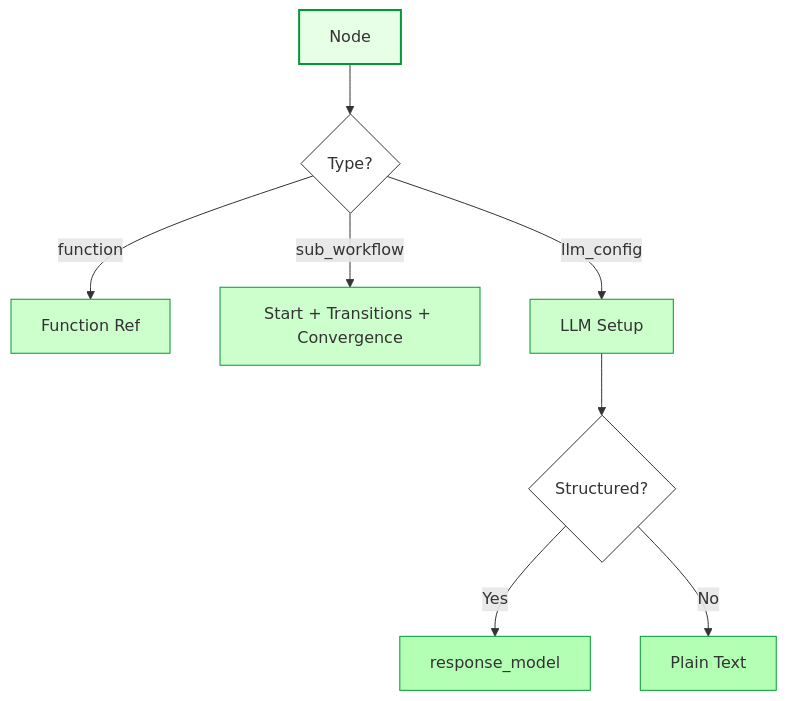
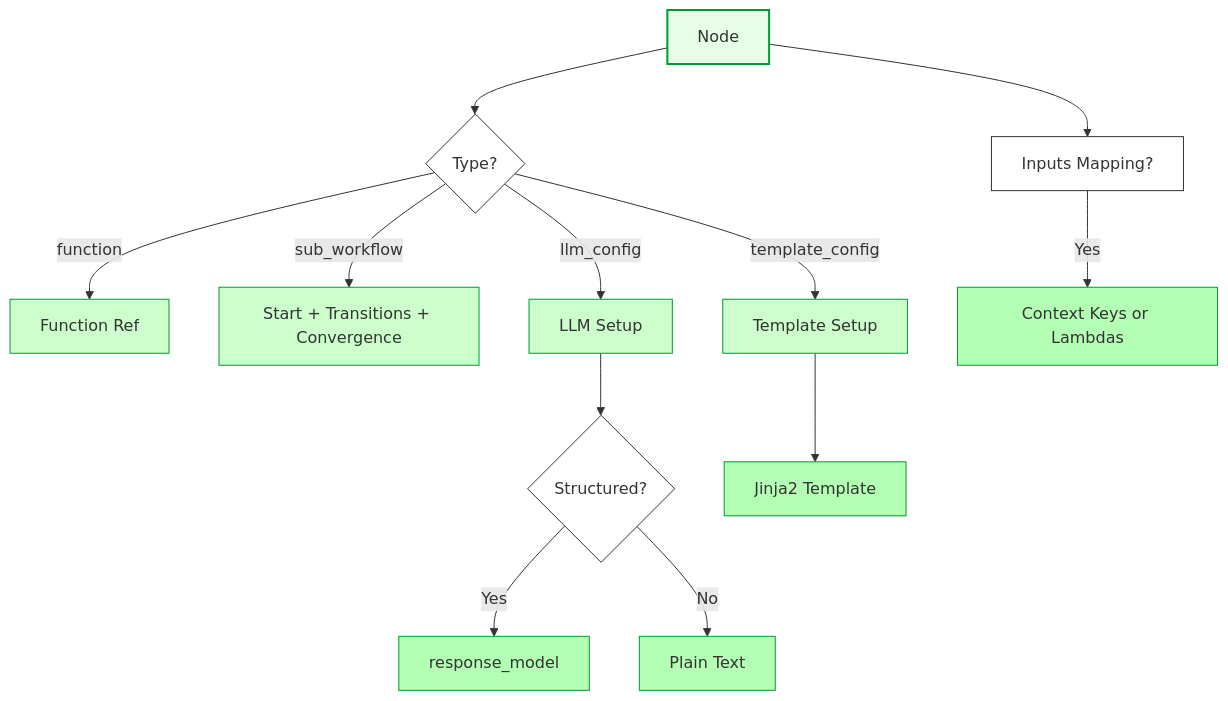
The fourth of 6 diagrams in quantalogic/flow/flow_yaml.md (quantalogic/quantalogic), drawn with Mermaid before and after one commit. The commit also changed other lines of this file, not shown here.

Commit message:
update flow documentation

````diff
--- a/quantalogic/flow/flow_yaml.md
+++ b/quantalogic/flow/flow_yaml.md
@@ -405,18 +453,26 @@
 ```mermaid
 graph TD
     A[Node] --> B{Type?}
     B -->|function| C[Function Ref]
     B -->|sub_workflow| D[Start + Transitions + Convergence]
     B -->|llm_config| E[LLM Setup]
-    E --> F{Structured?}
-    F -->|Yes| G[response_model]
-    F -->|No| H[Plain Text]
+    B -->|template_config| F[Template Setup]
+    A --> G[Inputs Mapping?]
+    G -->|Yes| H[Context Keys or Lambdas]
+    E --> I{Structured?}
+    I -->|Yes| J[response_model]
+    I -->|No| K[Plain Text]
+    F --> L[Jinja2 Template]
     style A fill:#e6ffe6,stroke:#009933,stroke-width:2px
     style B fill:#fff,stroke:#333
     style C fill:#ccffcc,stroke:#009933
     style D fill:#ccffcc,stroke:#009933
     style E fill:#ccffcc,stroke:#009933
-    style F fill:#fff,stroke:#333
-    style G fill:#b3ffb3,stroke:#009933
+    style F fill:#ccffcc,stroke:#009933
+    style G fill:#fff,stroke:#333
     style H fill:#b3ffb3,stroke:#009933
+    style I fill:#fff,stroke:#333
+    style J fill:#b3ffb3,stroke:#009933
+    style K fill:#b3ffb3,stroke:#009933
+    style L fill:#b3ffb3,stroke:#009933
 ```
````
